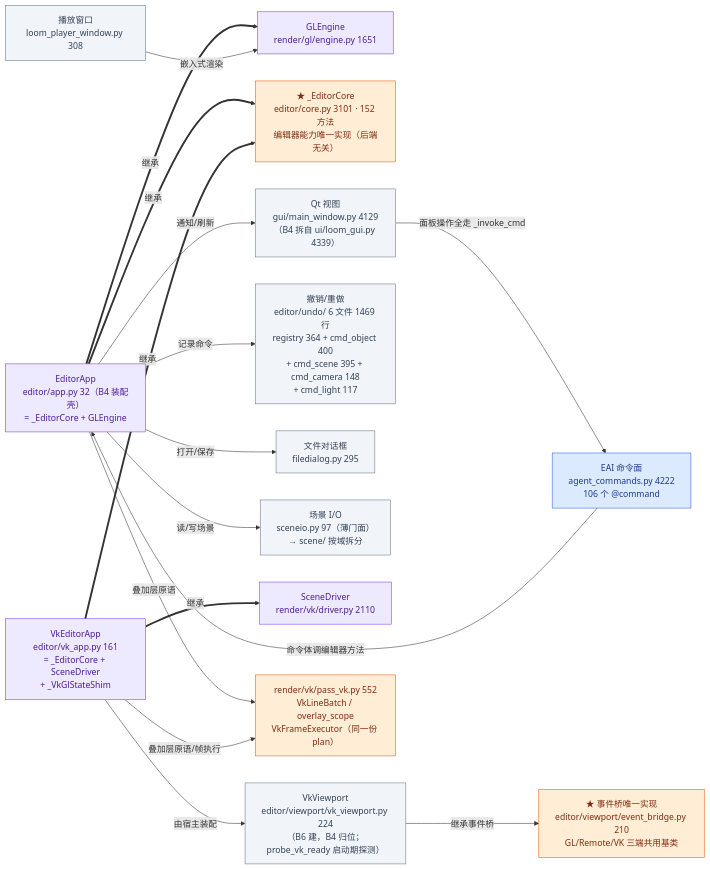
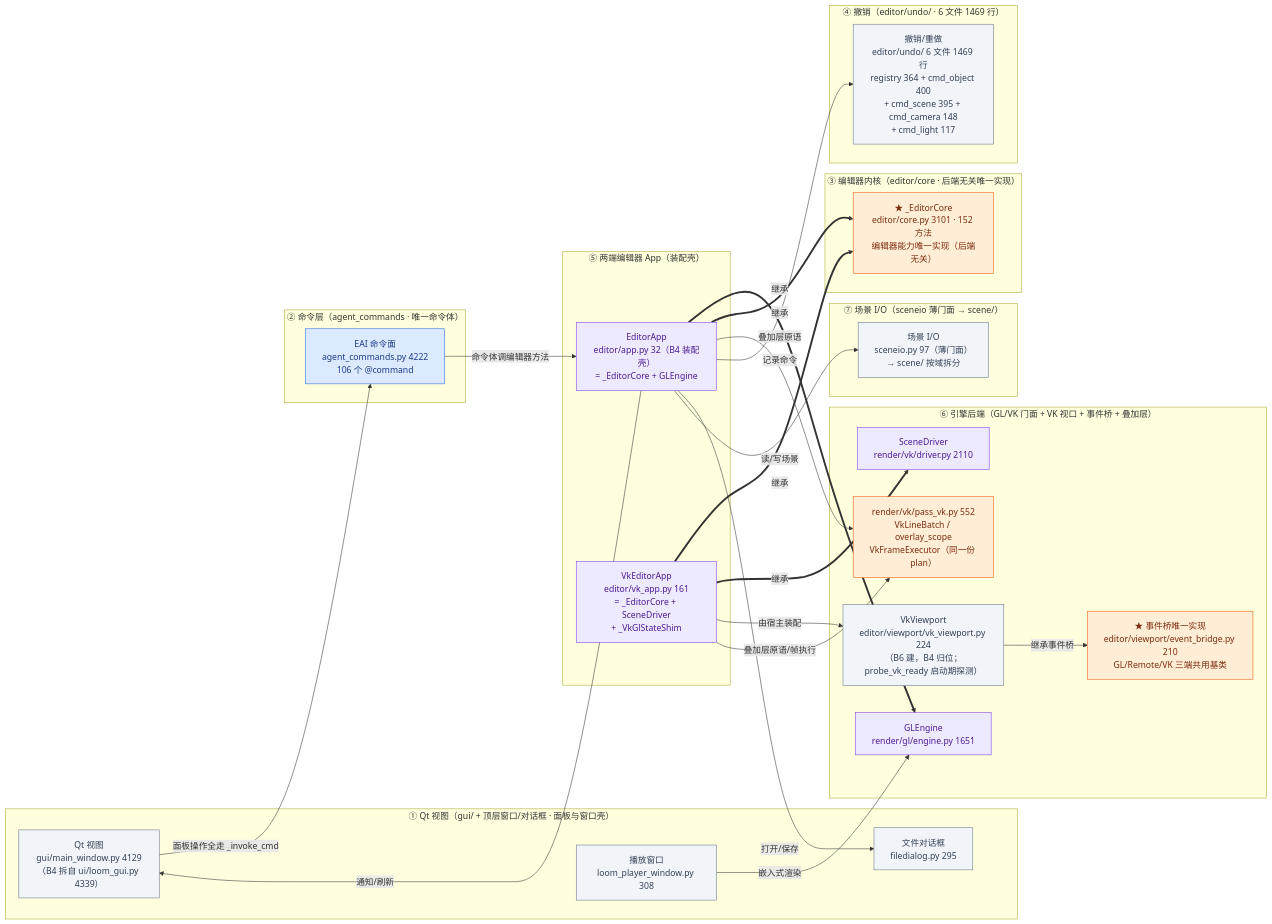
Before and after one commit to lhy302/WeaveEngine: the tenth of 23 diagrams in ARCHITECTURE.md, drawn with Mermaid. The commit also changed other lines of this file, not shown here.

Commit message:
docs: 图 8~14 全部改为功能模块分框结构（含事实实测刷新）

````diff
--- a/ARCHITECTURE.md
+++ b/ARCHITECTURE.md
@@ -603,36 +603,50 @@
 ```mermaid
 flowchart LR
-  ED["EditorApp<br/>editor/app.py 32（B4 装配壳）<br/>= _EditorCore + GLEngine"]:::facade
-  GE["GLEngine<br/>render/gl/engine.py 1651"]:::facade
-  COR["★ _EditorCore<br/>editor/core.py 3101 · 152 方法<br/>编辑器能力唯一实现（后端无关）"]:::contract
-  V["Qt 视图<br/>gui/main_window.py 4129<br/>（B4 拆自 ui/loom_gui.py 4339）"]:::file
-  U["撤销/重做<br/>editor/undo/ 6 文件 1469 行<br/>registry 364 + cmd_object 400<br/>+ cmd_scene 395 + cmd_camera 148<br/>+ cmd_light 117"]:::file
-  EAI["EAI 命令面<br/>agent_commands.py 4222<br/>106 个 @command"]:::entry
-  FD["文件对话框<br/>filedialog.py 295"]:::file
-  PW["播放窗口<br/>loom_player_window.py 308"]:::file
-  S["场景 I/O<br/>sceneio.py 97（薄门面）<br/>→ scene/ 按域拆分"]:::file
-  VKE["VkEditorApp<br/>editor/vk_app.py 161<br/>= _EditorCore + SceneDriver<br/>+ _VkGlStateShim"]:::facade
-  SDV["SceneDriver<br/>render/vk/driver.py 2110"]:::facade
-  VKV["VkViewport<br/>editor/viewport/vk_viewport.py 224<br/>（B6 建，B4 归位；probe_vk_ready 启动期探测）"]:::file
-  EB["★ 事件桥唯一实现<br/>editor/viewport/event_bridge.py 210<br/>GL/Remote/VK 三端共用基类"]:::contract
-  LPV["render/vk/pass_vk.py 552<br/>VkLineBatch / overlay_scope<br/>VkFrameExecutor（同一份 plan）"]:::contract
+  subgraph QT["① Qt 视图（gui/ + 顶层窗口/对话框 · 面板与窗口壳）"]
+    V["Qt 视图<br/>gui/main_window.py 4129<br/>（B4 拆自 ui/loom_gui.py 4339）"]:::file
+    FD["文件对话框<br/>filedialog.py 295"]:::file
+    PW["播放窗口<br/>loom_player_window.py 308"]:::file
+  end
+  subgraph CMD["② 命令层（agent_commands · 唯一命令体）"]
+    EAI["EAI 命令面<br/>agent_commands.py 4222<br/>106 个 @command"]:::entry
+  end
+  subgraph KERN["③ 编辑器内核（editor/core · 后端无关唯一实现）"]
+    COR["★ _EditorCore<br/>editor/core.py 3101 · 152 方法<br/>编辑器能力唯一实现（后端无关）"]:::contract
+  end
+  subgraph UNDODOM["④ 撤销（editor/undo/ · 6 文件 1469 行）"]
+    U["撤销/重做<br/>editor/undo/ 6 文件 1469 行<br/>registry 364 + cmd_object 400<br/>+ cmd_scene 395 + cmd_camera 148<br/>+ cmd_light 117"]:::file
+  end
+  subgraph APPDOM["⑤ 两端编辑器 App（装配壳）"]
+    ED["EditorApp<br/>editor/app.py 32（B4 装配壳）<br/>= _EditorCore + GLEngine"]:::facade
+    VKE["VkEditorApp<br/>editor/vk_app.py 161<br/>= _EditorCore + SceneDriver<br/>+ _VkGlStateShim"]:::facade
+  end
+  subgraph ENGINEDOM["⑥ 引擎后端（GL/VK 门面 + VK 视口 + 事件桥 + 叠加层）"]
+    GE["GLEngine<br/>render/gl/engine.py 1651"]:::facade
+    SDV["SceneDriver<br/>render/vk/driver.py 2110"]:::facade
+    VKV["VkViewport<br/>editor/viewport/vk_viewport.py 224<br/>（B6 建，B4 归位；probe_vk_ready 启动期探测）"]:::file
+    EB["★ 事件桥唯一实现<br/>editor/viewport/event_bridge.py 210<br/>GL/Remote/VK 三端共用基类"]:::contract
+    LPV["render/vk/pass_vk.py 552<br/>VkLineBatch / overlay_scope<br/>VkFrameExecutor（同一份 plan）"]:::contract
+  end
+  subgraph SCENEDOM["⑦ 场景 I/O（sceneio 薄门面 → scene/）"]
+    S["场景 I/O<br/>sceneio.py 97（薄门面）<br/>→ scene/ 按域拆分"]:::file
+  end
   ED ==>|继承| GE
   ED ==>|继承| COR
   VKE ==>|继承| COR
   VKE ==>|继承| SDV
   VKE -->|由宿主装配| VKV
   VKV -->|继承事件桥| EB
   ED -->|通知/刷新| V
   V -->|面板操作全走 _invoke_cmd| EAI
   ED -->|叠加层原语| LPV
   VKE -->|叠加层原语/帧执行| LPV
   ED -->|记录命令| U
   EAI -->|命令体调编辑器方法| ED
   ED -->|打开/保存| FD
   ED -->|读/写场景| S
   PW -->|嵌入式渲染| GE
   classDef entry fill:#dbeafe,stroke:#2563eb,color:#1e3a8a
   classDef facade fill:#ede9fe,stroke:#7c3aed,color:#4c1d95
   classDef file fill:#f1f5f9,stroke:#64748b,color:#334155
   classDef contract fill:#ffedd5,stroke:#ea580c,color:#7c2d12
 ```
````
